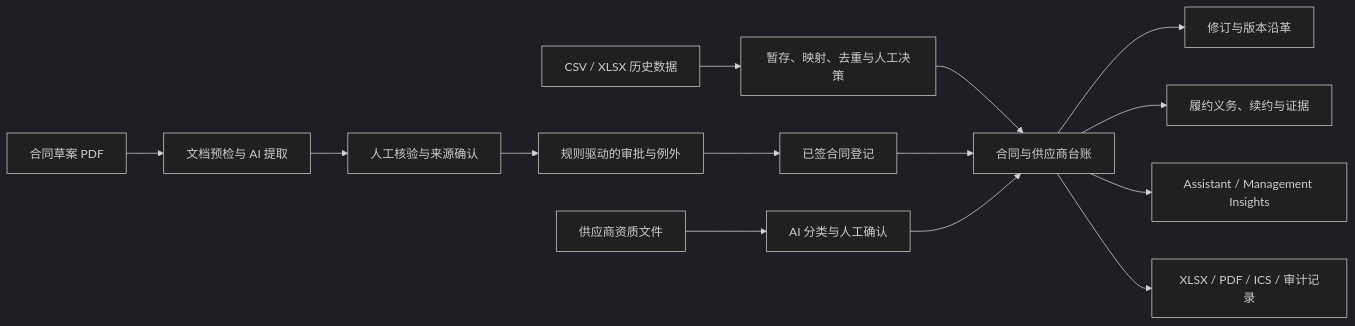
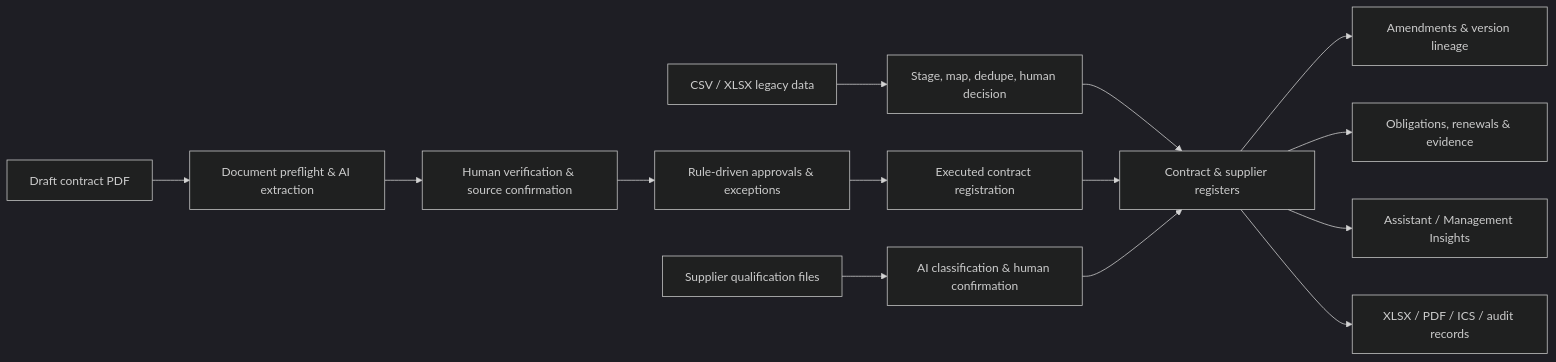
The diagram in README.md (SelinaArmstrong/contractledger-ai), drawn with Mermaid (dark theme) before and after one commit. The commit also changed other lines of this file and 38 other files, not shown here.

````diff
--- a/README.md
+++ b/README.md
@@ -87,19 +107,19 @@
 ```mermaid
 flowchart LR
-    A[CSV / XLSX 历史数据] --> B[暂存、映射、去重与人工决策]
-    B --> H[合同与供应商台账]
+    A[CSV / XLSX legacy data] --> B[Stage, map, dedupe, human decision]
+    B --> H[Contract & supplier registers]
 
-    C[合同草案 PDF] --> D[文档预检与 AI 提取]
-    D --> E[人工核验与来源确认]
-    E --> F[规则驱动的审批与例外]
-    F --> G[已签合同登记]
+    C[Draft contract PDF] --> D[Document preflight & AI extraction]
+    D --> E[Human verification & source confirmation]
+    E --> F[Rule-driven approvals & exceptions]
+    F --> G[Executed contract registration]
     G --> H
-    H --> I[修订与版本沿革]
-    H --> J[履约义务、续约与证据]
+    H --> I[Amendments & version lineage]
+    H --> J[Obligations, renewals & evidence]
 
-    K[供应商资质文件] --> L[AI 分类与人工确认]
+    K[Supplier qualification files] --> L[AI classification & human confirmation]
     L --> H
 
     H --> M[Assistant / Management Insights]
-    H --> N[XLSX / PDF / ICS / 审计记录]
+    H --> N[XLSX / PDF / ICS / audit records]
 ```
````
